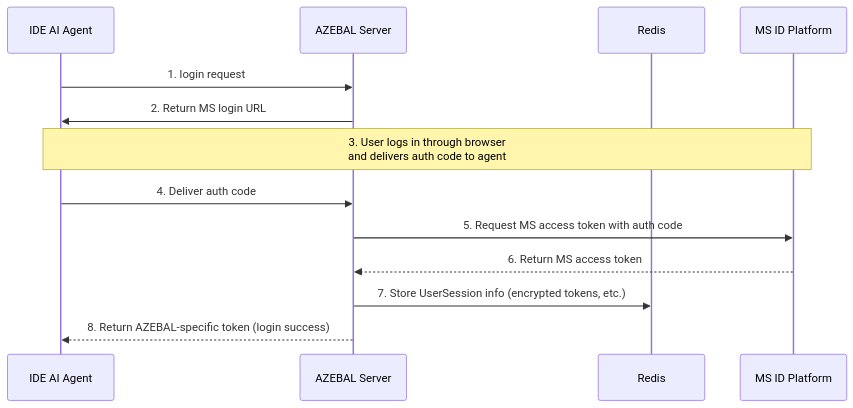
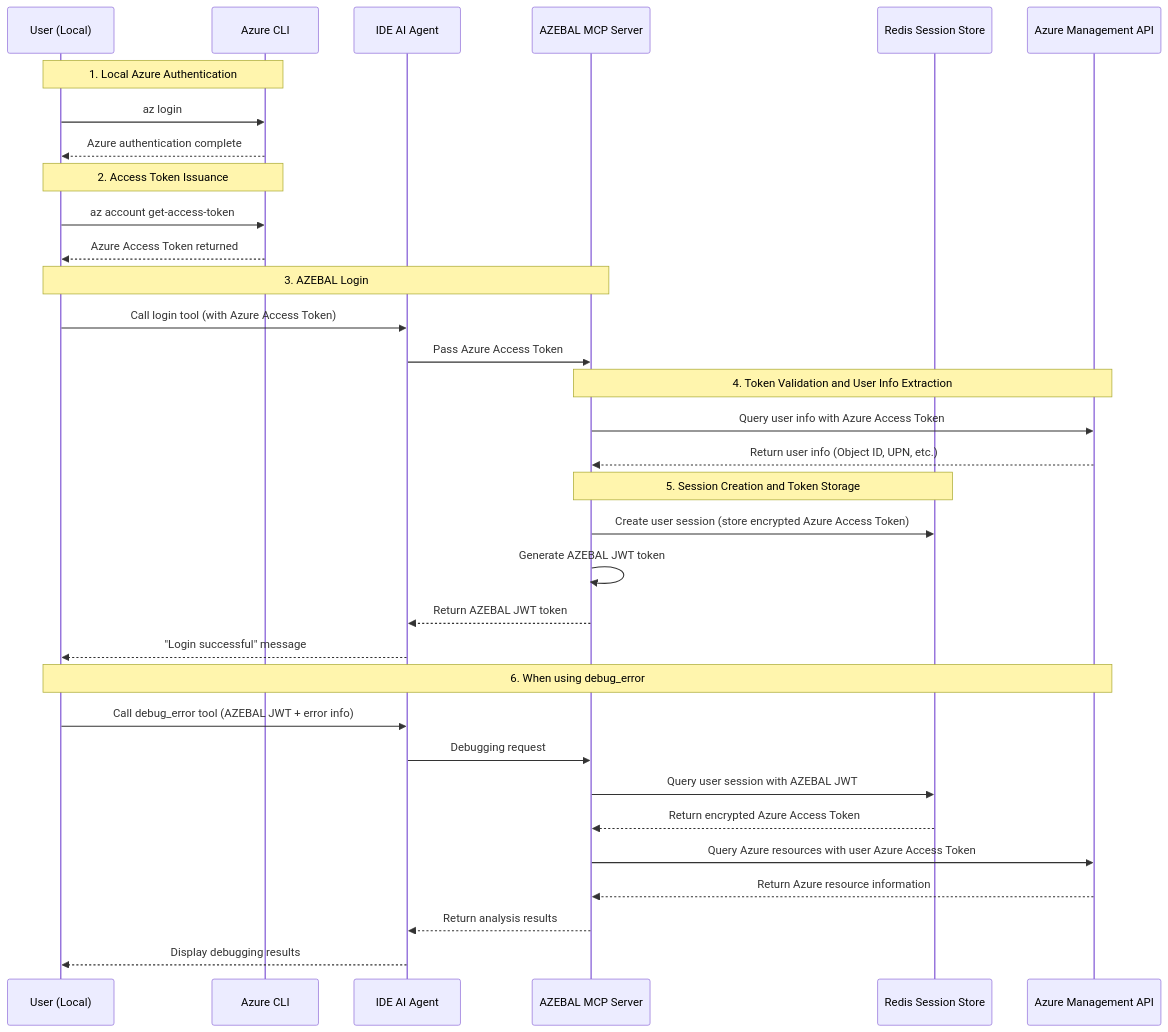
The second of 3 diagrams in docs/architect.md (HyunjunGil/CTC4-AZEBAL), drawn with Mermaid before and after one commit. The commit also changed other lines of this file and 5 other files, not shown here.

````diff
--- a/docs/architect.md
+++ b/docs/architect.md
@@ -150,16 +158,41 @@
 ```mermaid
 sequenceDiagram
+    participant User as User (Local)
+    participant CLI as Azure CLI
     participant Agent as IDE AI Agent
-    participant Server as AZEBAL Server
-    participant Redis
-    participant Microsoft as MS ID Platform
+    participant AZEBAL as AZEBAL MCP Server
+    participant Redis as Redis Session Store
+    participant Azure as Azure Management API
 
-    Agent->>Server: 1. login request
-    Server->>Agent: 2. Return MS login URL
-    Note over Agent, Microsoft: 3. User logs in through browser<br>and delivers auth code to agent
-    Agent->>Server: 4. Deliver auth code
-    Server->>Microsoft: 5. Request MS access token with auth code
-    Microsoft-->>Server: 6. Return MS access token
-    Server->>Redis: 7. Store UserSession info (encrypted tokens, etc.)
-    Server-->>Agent: 8. Return AZEBAL-specific token (login success)
+    Note over User, CLI: 1. Local Azure Authentication
+    User->>CLI: az login
+    CLI-->>User: Azure authentication complete
+
+    Note over User, CLI: 2. Access Token Issuance
+    User->>CLI: az account get-access-token
+    CLI-->>User: Azure Access Token returned
+
+    Note over User, AZEBAL: 3. AZEBAL Login
+    User->>Agent: Call login tool (with Azure Access Token)
+    Agent->>AZEBAL: Pass Azure Access Token
+
+    Note over AZEBAL, Azure: 4. Token Validation and User Info Extraction
+    AZEBAL->>Azure: Query user info with Azure Access Token
+    Azure-->>AZEBAL: Return user info (Object ID, UPN, etc.)
+
+    Note over AZEBAL, Redis: 5. Session Creation and Token Storage
+    AZEBAL->>Redis: Create user session (store encrypted Azure Access Token)
+    AZEBAL->>AZEBAL: Generate AZEBAL JWT token
+    AZEBAL-->>Agent: Return AZEBAL JWT token
+    Agent-->>User: "Login successful" message
+
+    Note over User, Azure: 6. When using debug_error
+    User->>Agent: Call debug_error tool (AZEBAL JWT + error info)
+    Agent->>AZEBAL: Debugging request
+    AZEBAL->>Redis: Query user session with AZEBAL JWT
+    Redis-->>AZEBAL: Return encrypted Azure Access Token
+    AZEBAL->>Azure: Query Azure resources with user Azure Access Token
+    Azure-->>AZEBAL: Return Azure resource information
+    AZEBAL-->>Agent: Return analysis results
+    Agent-->>User: Display debugging results
 ```
````
